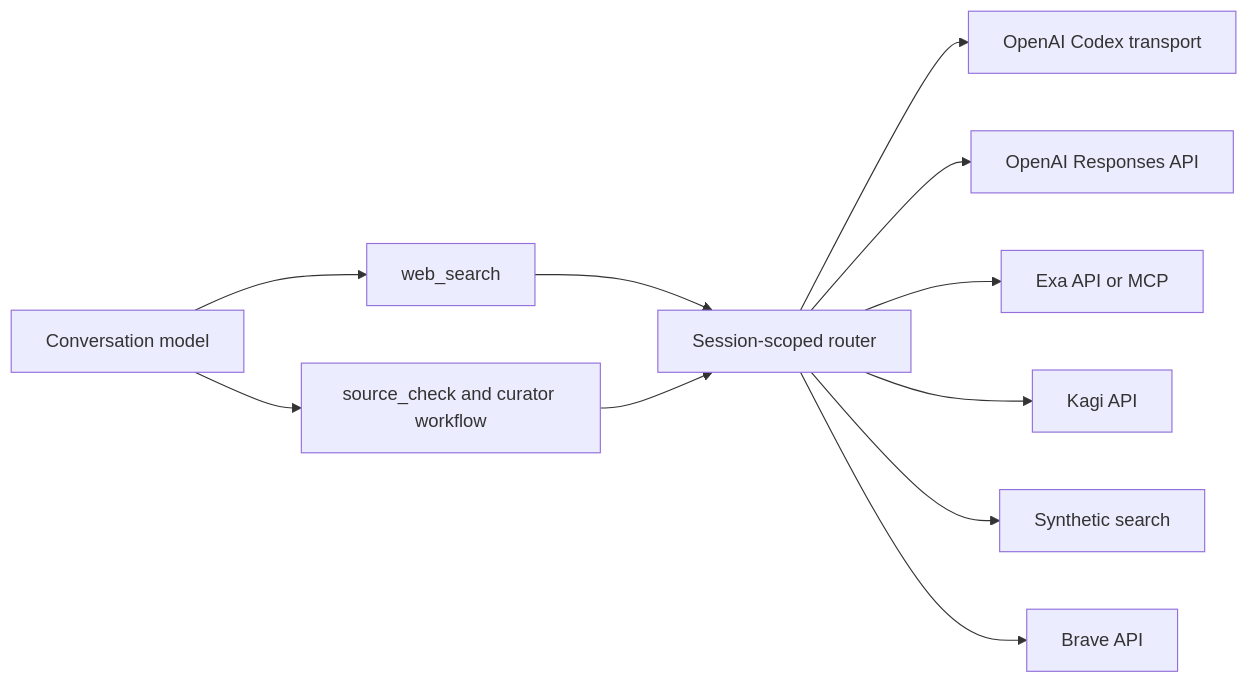
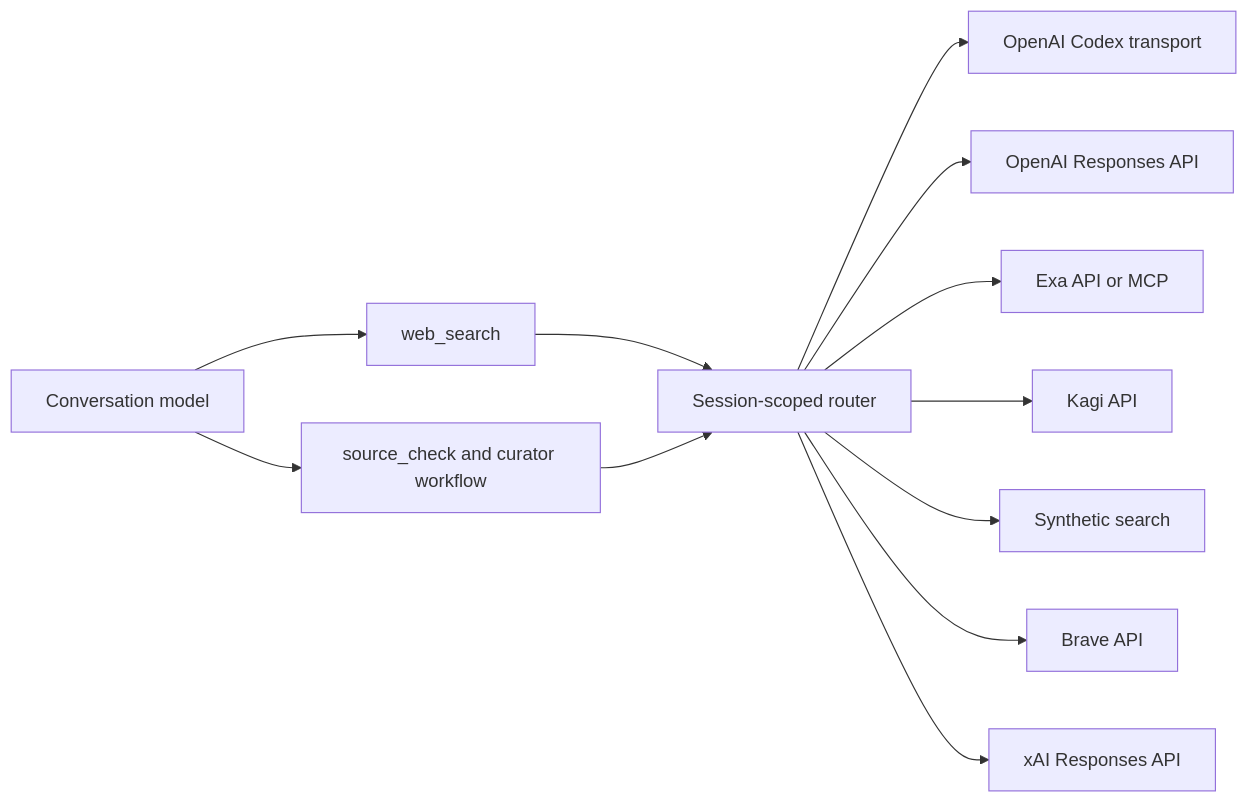
One commit to Nebu1eto/choco-pi changed the diagram in docs/web-search.md. Above: the diagram before and after it, drawn with Mermaid. The commit also changed other lines of this file and 13 other files, not shown here.

````diff
--- a/docs/web-search.md
+++ b/docs/web-search.md
@@ -9,13 +9,14 @@
 ```mermaid
 flowchart LR
   M[Conversation model] --> T[web_search]
   T --> R[Session-scoped router]
   R --> O1[OpenAI Codex transport]
   R --> O2[OpenAI Responses API]
   R --> E[Exa API or MCP]
   R --> K[Kagi API]
   R --> S[Synthetic search]
   R --> B[Brave API]
+  R --> X[xAI Responses API]
   M --> C[source_check and curator workflow]
   C --> R
 ```
````
